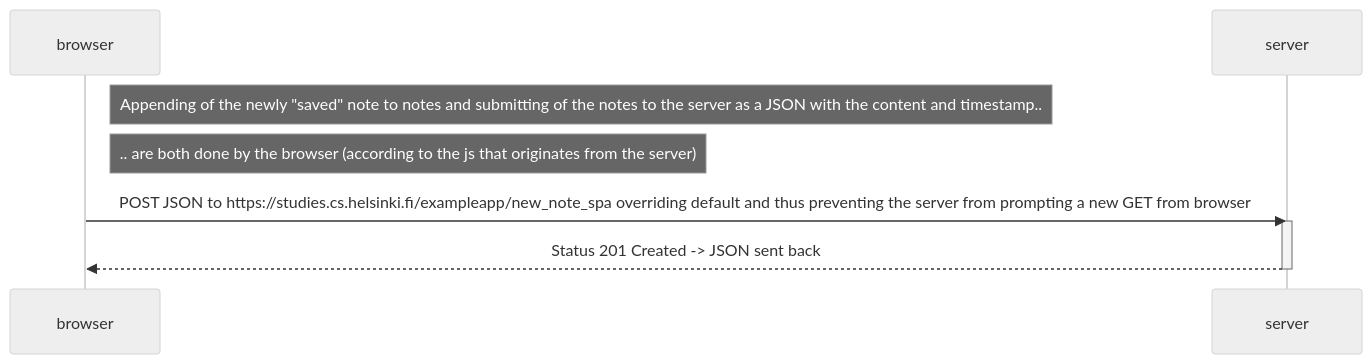
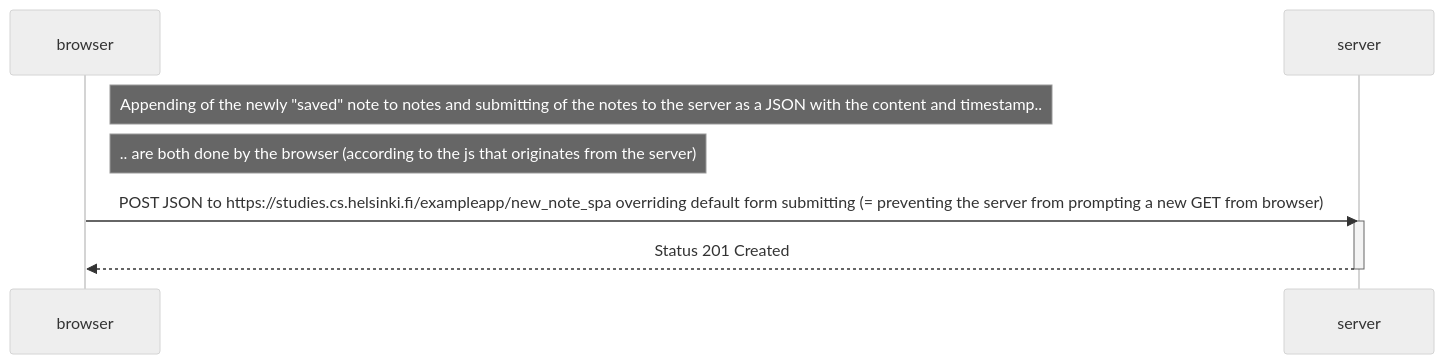
One commit to kwantton/full_stack_open_2024 changed the diagram in part0/Exercise_0_6_New_note_in_Single_page_app_diagram.md. Above: the diagram before and after it, drawn with Mermaid (neutral theme).

````diff
--- a/part0/Exercise_0_6_New_note_in_Single_page_app_diagram.md
+++ b/part0/Exercise_0_6_New_note_in_Single_page_app_diagram.md
@@ -4,15 +4,15 @@
 ```mermaid
 sequenceDiagram
     participant browser
     participant server
 
 Note right of browser: Appending of the newly "saved" note to notes and submitting of the notes to the server as a JSON with the content and timestamp..
 Note right of browser: .. are both done by the browser (according to the js that originates from the server)
 
-browser->>server: POST JSON to https://studies.cs.helsinki.fi/exampleapp/new_note_spa overriding default and thus preventing the server from prompting a new GET from browser
+browser->>server: POST JSON to https://studies.cs.helsinki.fi/exampleapp/new_note_spa overriding default form submitting (= preventing the server from prompting a new GET from browser)
     activate server
-    server-->>browser: Status 201 Created -> JSON sent back
+    server-->>browser: Status 201 Created
     deactivate server
 
 
 ```
````
